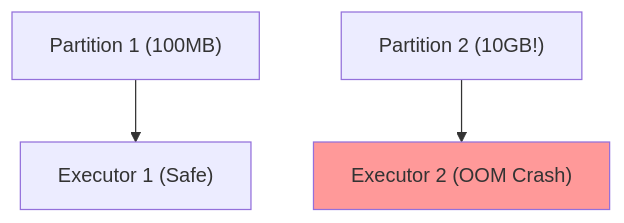
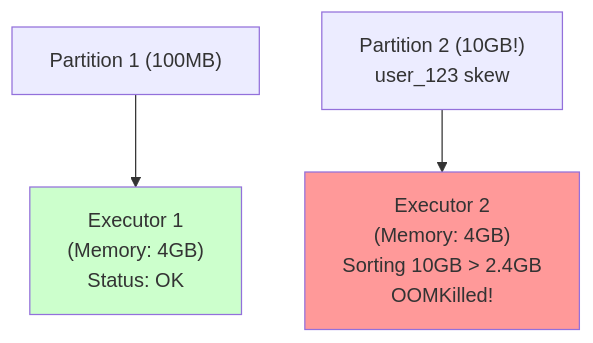
The sixth of 6 diagrams in Batch Processing/02_Apache_Spark.md (Anmol33/SystemDesign), drawn with Mermaid before and after one commit. The commit also changed other lines of this file and 5 other files, not shown here.

````diff
--- a/Batch Processing/02_Apache_Spark.md
+++ b/Batch Processing/02_Apache_Spark.md
@@ -217,6 +289,8 @@
 ```mermaid
 graph TD
-    P1["Partition 1 (100MB)"] --> E1["Executor 1 (Safe)"]
-    P2["Partition 2 (10GB!)"] --> E2["Executor 2 (OOM Crash)"]
+    P1["Partition 1 (100MB)"] --> E1["Executor 1<br/>(Memory: 4GB)<br/>Status: OK"]
+    P2["Partition 2 (10GB!)<br/>user_123 skew"] --> E2["Executor 2<br/>(Memory: 4GB)<br/>Sorting 10GB > 2.4GB<br/>OOMKilled!"]
+    
+    style E1 fill:#ccffcc
     style E2 fill:#ff9999
 ```
````
